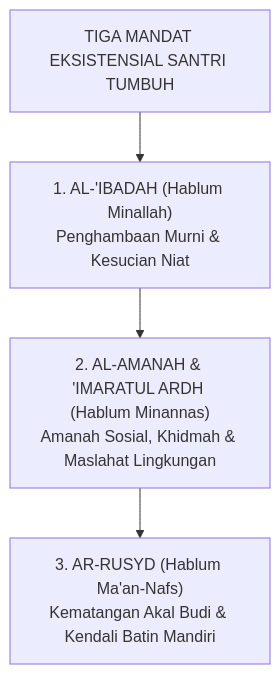
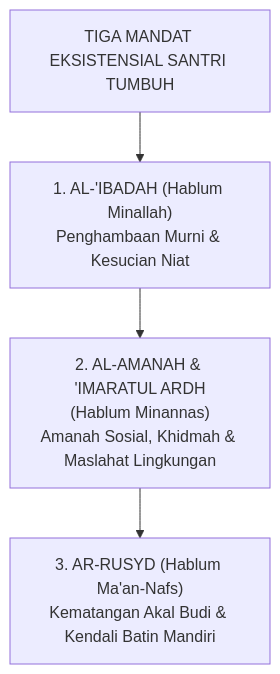
One commit to wandiapriliyandi/tumbuh changed the sixth of 7 diagrams in BOOK Series 1/01-The-Fundamental-of-TUMBUH/Bab-02-Pandangan-Alam-Islam-sebagai-Poros-Pendidikan.md. Above: the diagram before and after it, drawn with Mermaid. The commit also changed other lines of this file and 37 other files, not shown here.

Commit message:
fix(book-01): optimasi pemenggalan teks dan overflow seluruh diagram serta render ulang 20 PDF

````diff
--- a/BOOK Series 1/01-The-Fundamental-of-TUMBUH/Bab-02-Pandangan-Alam-Islam-sebagai-Poros-Pendidikan.md
+++ b/BOOK Series 1/01-The-Fundamental-of-TUMBUH/Bab-02-Pandangan-Alam-Islam-sebagai-Poros-Pendidikan.md
@@ -223,8 +223,8 @@
 ```mermaid
 graph TD
     M["TIGA MANDAT EKSISTENSIAL SANTRI TUMBUH"]
     
     M --> M1["1. AL-'IBADAH (Hablum Minallah)<br/>Penghambaan Murni & Kesucian Niat"]
-    M1 --> M2["2. AL-AMANAH & 'IMARATUL ARDH (Hablum Minannas)<br/>Amanah Sosial, Khidmah & Maslahat Lingkungan"]
+    M1 --> M2["2. AL-AMANAH & 'IMARATUL ARDH<br/>(Hablum Minannas)<br/>Amanah Sosial, Khidmah & Maslahat Lingkungan"]
     M2 --> M3["3. AR-RUSYD (Hablum Ma'an-Nafs)<br/>Kematangan Akal Budi & Kendali Batin Mandiri"]
 ```
````
